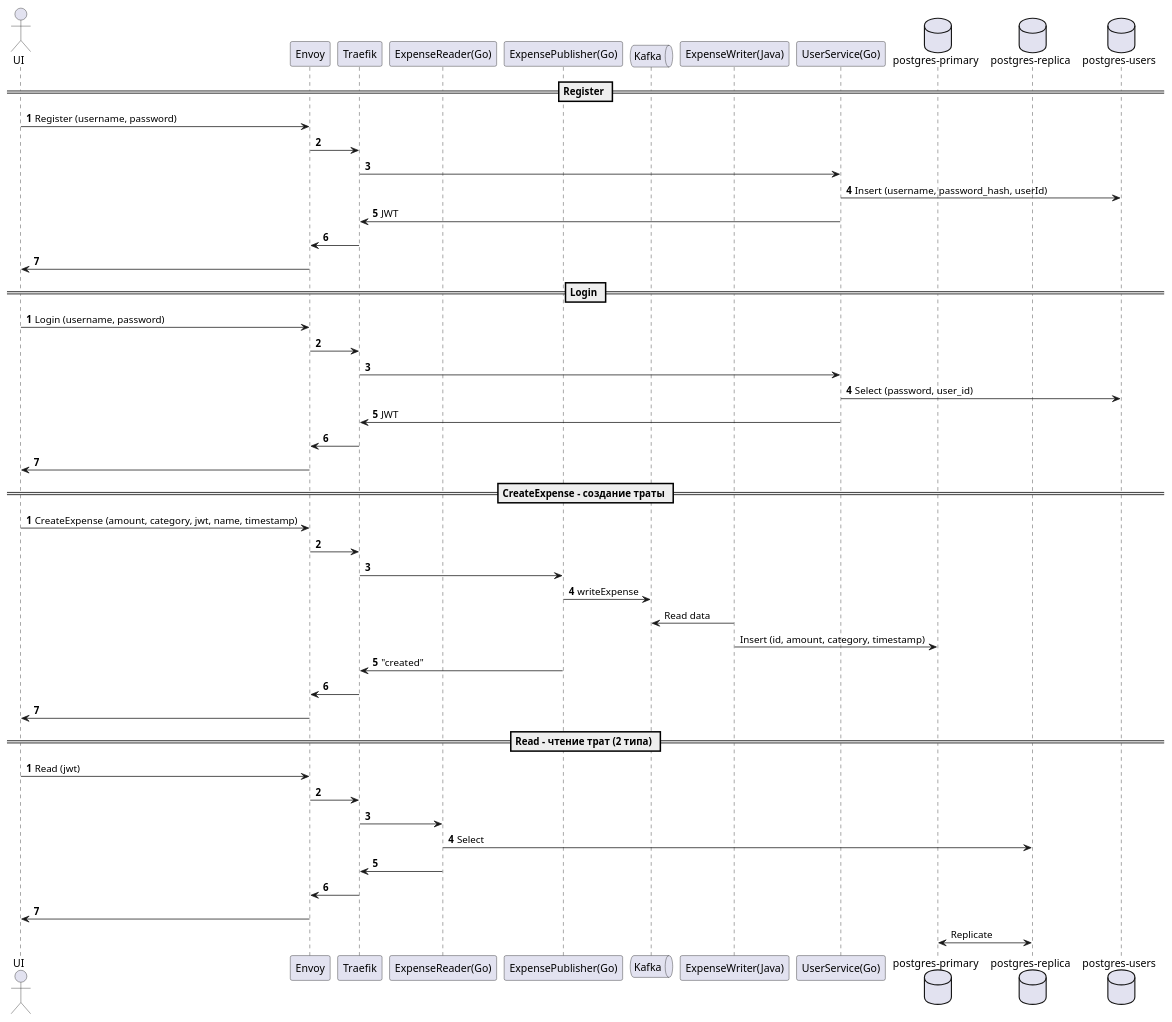
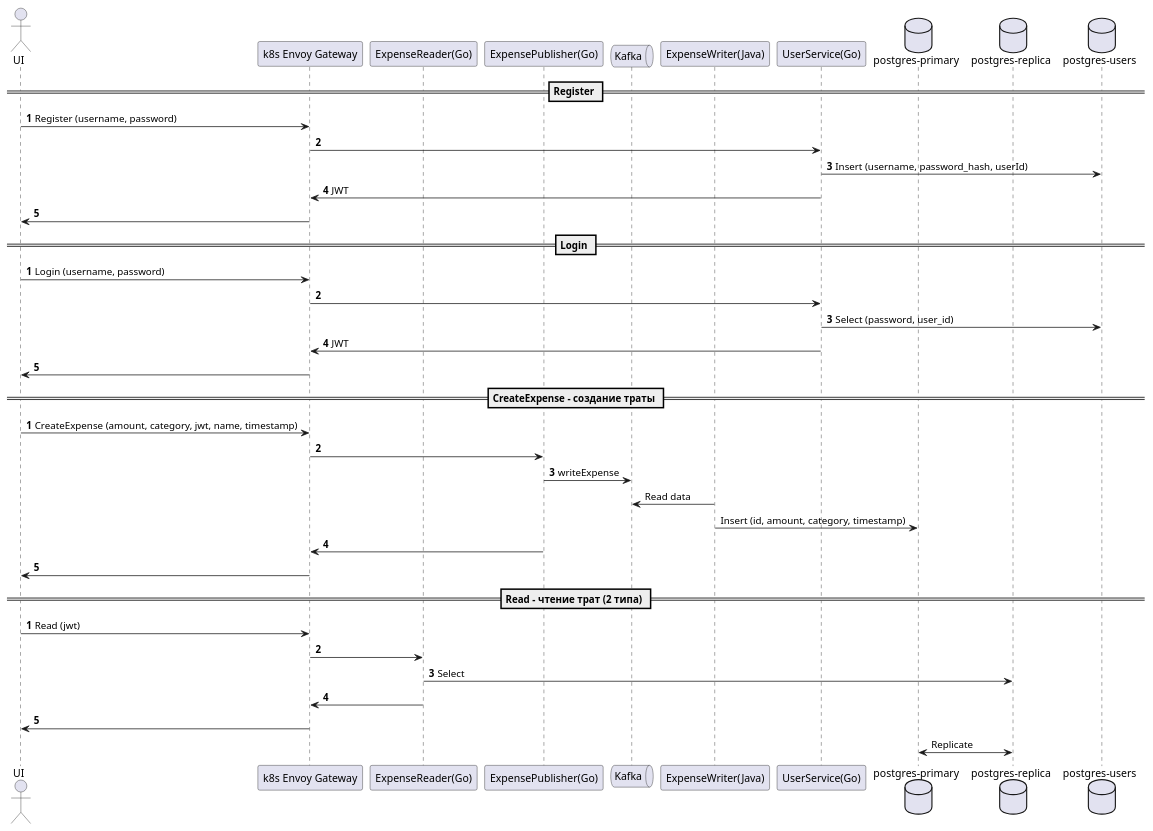
Before and after one commit to SOmegaS/financial-tracker: the diagram in plantuml.puml, drawn with PlantUML. The commit also changed 1 other file, not shown here.

Commit message:
plantuml fix

```diff
--- a/plantuml.puml
+++ b/plantuml.puml
@@ -1,55 +1,46 @@
 @startuml
 actor UI
-participant Envoy
-participant Traefik
+participant "k8s Envoy Gateway"
 participant "ExpenseReader(Go)"
 participant "ExpensePublisher(Go)"
 queue Kafka
 participant "ExpenseWriter(Java)"
 participant "UserService(Go)"
 database "postgres-primary"
 database "postgres-replica"
 database "postgres-users"
 == Register ==
 autonumber 1
-UI -> Envoy: Register (username, password)
-Envoy -> Traefik
-Traefik -> "UserService(Go)"
+UI -> "k8s Envoy Gateway": Register (username, password)
+"k8s Envoy Gateway" -> "UserService(Go)"
 "UserService(Go)" -> "postgres-users": Insert (username, password_hash, userId)
-"UserService(Go)" -> Traefik: JWT
-Traefik -> Envoy
-Envoy -> UI
+"UserService(Go)" -> "k8s Envoy Gateway": JWT
+"k8s Envoy Gateway" -> UI
 == Login ==
 autonumber 1
-UI -> Envoy: Login (username, password)
-Envoy -> Traefik
-Traefik -> "UserService(Go)"
+UI -> "k8s Envoy Gateway": Login (username, password)
+"k8s Envoy Gateway" -> "UserService(Go)"
 "UserService(Go)" -> "postgres-users": Select (password, user_id)
-"UserService(Go)" -> Traefik: JWT
-Traefik -> Envoy
-Envoy -> UI
+"UserService(Go)" -> "k8s Envoy Gateway": JWT
+"k8s Envoy Gateway" -> UI
 autonumber 1
 == CreateExpense - создание траты ==
-UI -> Envoy: CreateExpense (amount, category, jwt, name, timestamp)
-Envoy -> Traefik
-Traefik -> "ExpensePublisher(Go)"
+UI -> "k8s Envoy Gateway": CreateExpense (amount, category, jwt, name, timestamp)
+"k8s Envoy Gateway" -> "ExpensePublisher(Go)"
 "ExpensePublisher(Go)" -> Kafka: writeExpense
 autonumber stop
 "ExpenseWriter(Java)" -> Kafka: Read data
 "ExpenseWriter(Java)" -> "postgres-primary": Insert (id, amount, category, timestamp)
 autonumber resume
-"ExpensePublisher(Go)" -> Traefik: "created"
-Traefik -> Envoy
-Envoy -> UI
+"ExpensePublisher(Go)" -> "k8s Envoy Gateway"
+"k8s Envoy Gateway" -> UI
 autonumber 1
 == Read - чтение трат (2 типа) ==
-UI -> Envoy: Read (jwt)
-Envoy -> Traefik
-Traefik -> "ExpenseReader(Go)"
+UI -> "k8s Envoy Gateway": Read (jwt)
+"k8s Envoy Gateway" -> "ExpenseReader(Go)"
 "ExpenseReader(Go)" -> "postgres-replica": Select
-"ExpenseReader(Go)" -> Traefik:
-Traefik -> Envoy
-Envoy -> UI
+"ExpenseReader(Go)" -> "k8s Envoy Gateway"
+"k8s Envoy Gateway" -> UI
 autonumber stop
 "postgres-replica" <-> "postgres-primary": Replicate
 @enduml
```
